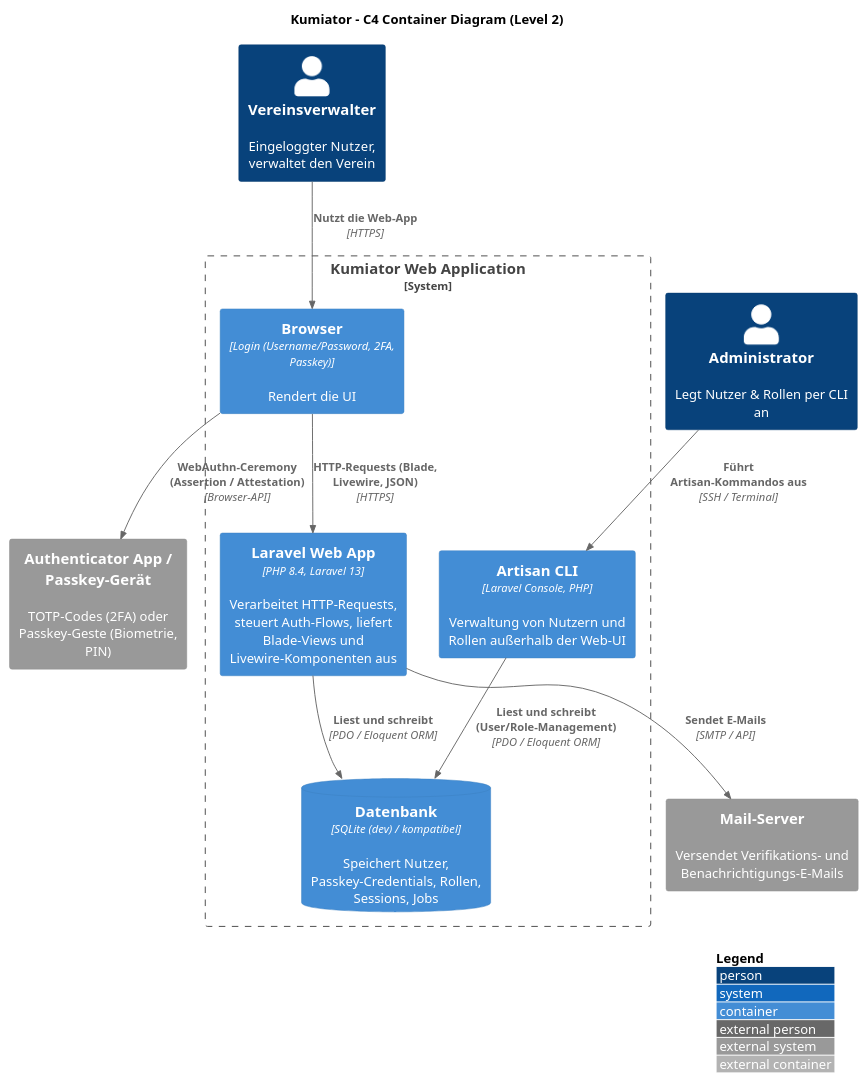
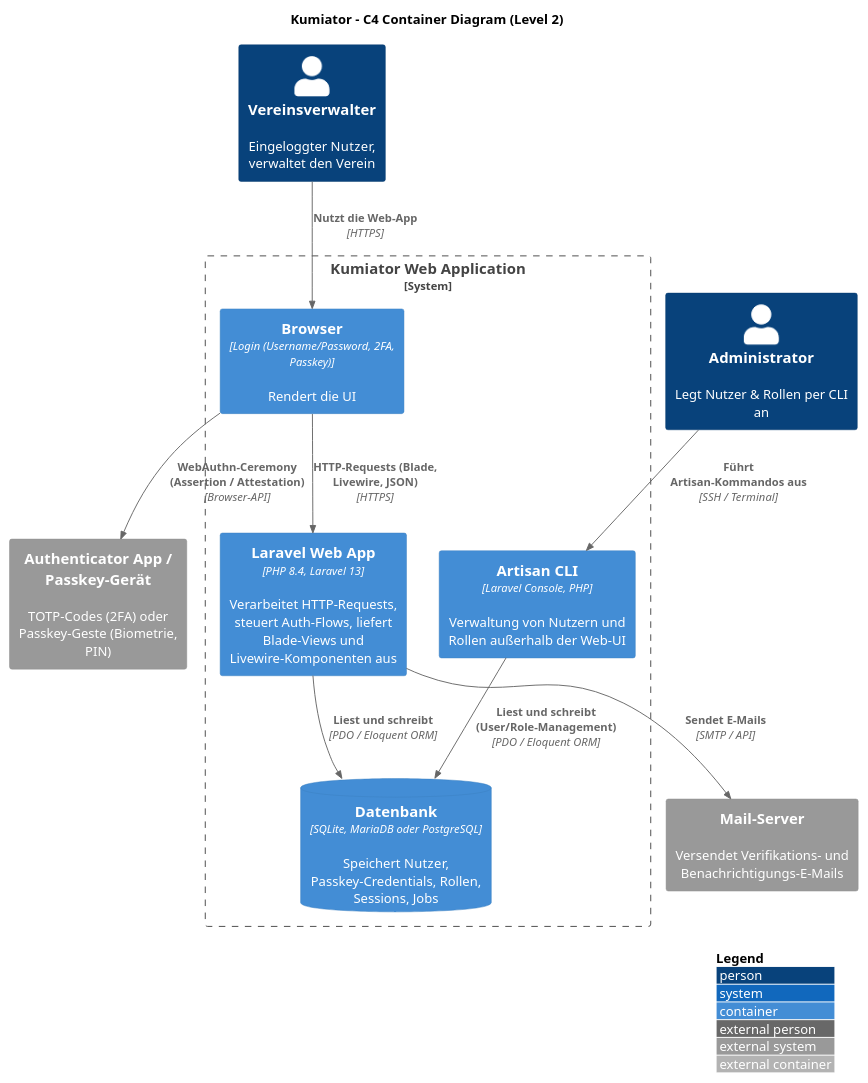
The diagram in docs/architecture-c4.puml (ringostarr80/kumiator), drawn with PlantUML before and after one commit. The commit also changed 41 other files, not shown here.

```diff
--- a/docs/architecture-c4.puml
+++ b/docs/architecture-c4.puml
@@ -1,39 +1,39 @@
 @startuml Kumiator - C4 Container Diagram
 !include https://raw.githubusercontent.com/plantuml-stdlib/C4-PlantUML/master/C4_Container.puml
 
 LAYOUT_WITH_LEGEND()
 
 title Kumiator – C4 Container Diagram (Level 2)
 
 Person(vereinsverwalter, "Vereinsverwalter", "Eingeloggter Nutzer, verwaltet den Verein")
 Person(admin, "Administrator", "Legt Nutzer & Rollen per CLI an")
 
 System_Boundary(app, "Kumiator Web Application") {
 
     Container(browser, "Browser", "Login (Username/Password, 2FA, Passkey)", "Rendert die UI")
 
     Container(webapp, "Laravel Web App", "PHP 8.4, Laravel 13", "Verarbeitet HTTP-Requests, steuert Auth-Flows, liefert Blade-Views und Livewire-Komponenten aus")
 
     Container(cli, "Artisan CLI", "Laravel Console, PHP", "Verwaltung von Nutzern und Rollen außerhalb der Web-UI")
 
-    ContainerDb(db, "Datenbank", "SQLite (dev) / kompatibel", "Speichert Nutzer, Passkey-Credentials, Rollen, Sessions, Jobs")
+    ContainerDb(db, "Datenbank", "SQLite, MariaDB oder PostgreSQL", "Speichert Nutzer, Passkey-Credentials, Rollen, Sessions, Jobs")
 }
 
 System_Ext(mailserver, "Mail-Server", "Versendet Verifikations- und Benachrichtigungs-E-Mails")
 System_Ext(authenticator, "Authenticator App / Passkey-Gerät", "TOTP-Codes (2FA) oder Passkey-Geste (Biometrie, PIN)")
 
 ' --- Beziehungen ---
 
 Rel(vereinsverwalter, browser, "Nutzt die Web-App", "HTTPS")
 Rel(admin, cli, "Führt Artisan-Kommandos aus", "SSH / Terminal")
 
 Rel(browser, webapp, "HTTP-Requests (Blade, Livewire, JSON)", "HTTPS")
 Rel(browser, authenticator, "WebAuthn-Ceremony (Assertion / Attestation)", "Browser-API")
 
 Rel(webapp, db, "Liest und schreibt", "PDO / Eloquent ORM")
 Rel(webapp, mailserver, "Sendet E-Mails", "SMTP / API")
 
 
 Rel(cli, db, "Liest und schreibt (User/Role-Management)", "PDO / Eloquent ORM")
 
 @enduml
```
